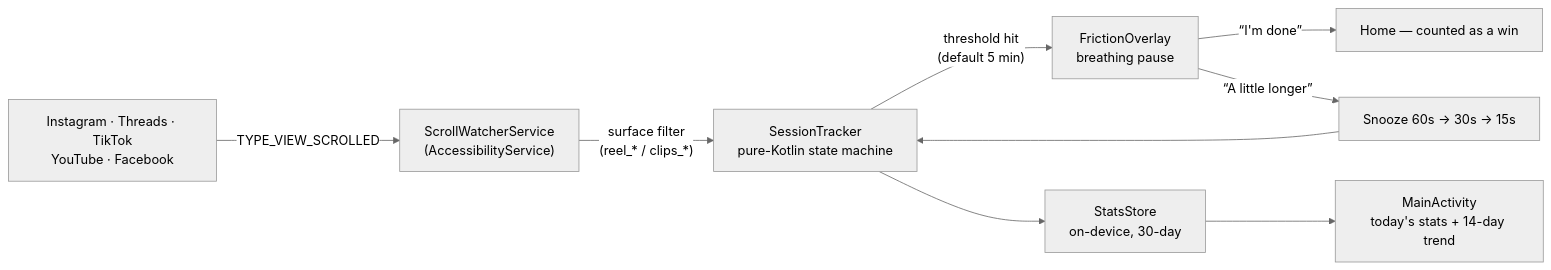
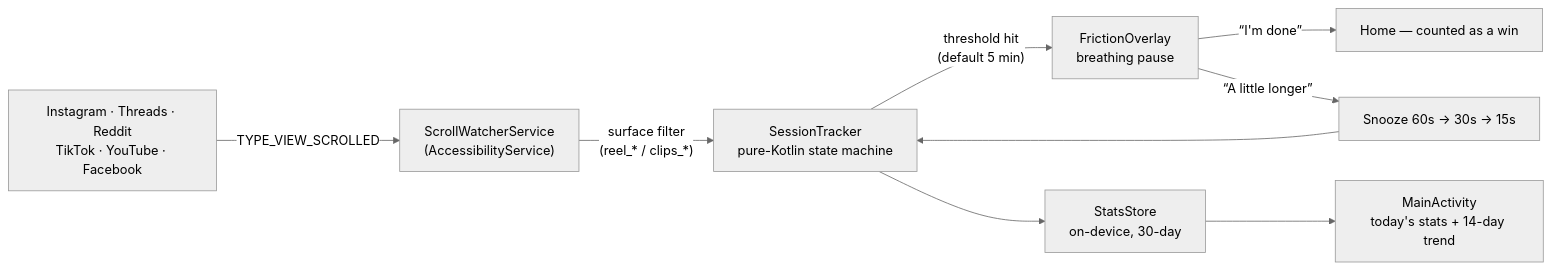
The diagram in README.md (jacobv25/undertow), drawn with Mermaid (neutral theme) before and after one commit. The commit also changed other lines of this file and 1 other file, not shown here.

Commit message:
Add Reddit to the watched apps
Text/media feed, so all scrolling counts (like Threads and Facebook).
Verified on device: scrolls log from feed_lazy_column and the interrupt
fires past the threshold.

````diff
--- a/README.md
+++ b/README.md
@@ -16,11 +16,11 @@
 ```mermaid
 flowchart LR
-    A["Instagram · Threads · TikTok<br>YouTube · Facebook"] -- "TYPE_VIEW_SCROLLED" --> B["ScrollWatcherService<br>(AccessibilityService)"]
+    A["Instagram · Threads · Reddit<br>TikTok · YouTube · Facebook"] -- "TYPE_VIEW_SCROLLED" --> B["ScrollWatcherService<br>(AccessibilityService)"]
     B -- "surface filter<br>(reel_* / clips_*)" --> C["SessionTracker<br>pure-Kotlin state machine"]
     C -- "threshold hit<br>(default 5 min)" --> D["FrictionOverlay<br>breathing pause"]
     D -- "“I'm done”" --> H["Home — counted as a win"]
     D -- "“A little longer”" --> S["Snooze 60s → 30s → 15s"]
     S --> C
     C --> E["StatsStore<br>on-device, 30-day"]
     E --> F["MainActivity<br>today's stats + 14-day trend"]
 ```
````
